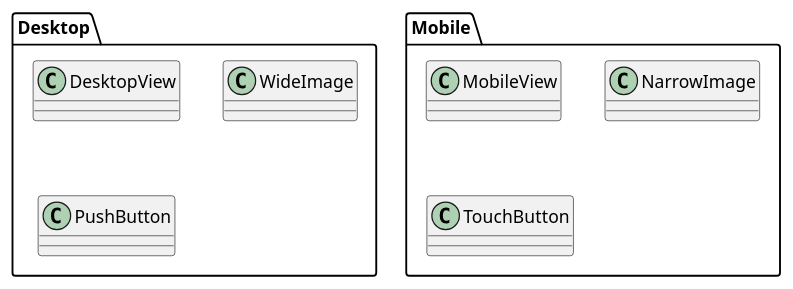
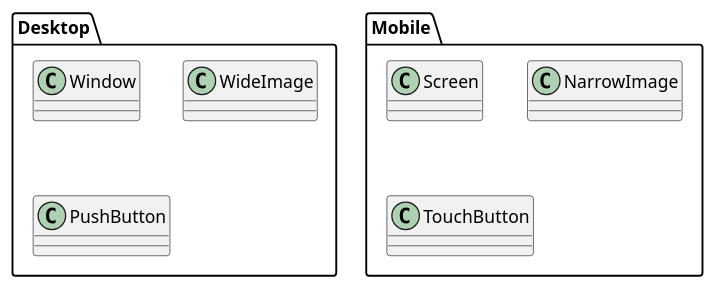
The diagram in design-patterns/codebase/src/main/resources/uml/abstract-factory/class-packages.puml (lzbair/OO-Paradigm), drawn with PlantUML before and after one commit. The commit also changed 5 other files, not shown here.

Commit message:
Add uml diagram + Adapter pattern

```diff
--- a/design-patterns/codebase/src/main/resources/uml/abstract-factory/class-packages.puml
+++ b/design-patterns/codebase/src/main/resources/uml/abstract-factory/class-packages.puml
@@ -1,13 +1,13 @@
 @startuml
 package Desktop {
-class DesktopView
+class Window
 class WideImage
 class PushButton
 }
 
 package Mobile {
-class MobileView
+class Screen
 class NarrowImage
 class TouchButton
 }
 @enduml
```
